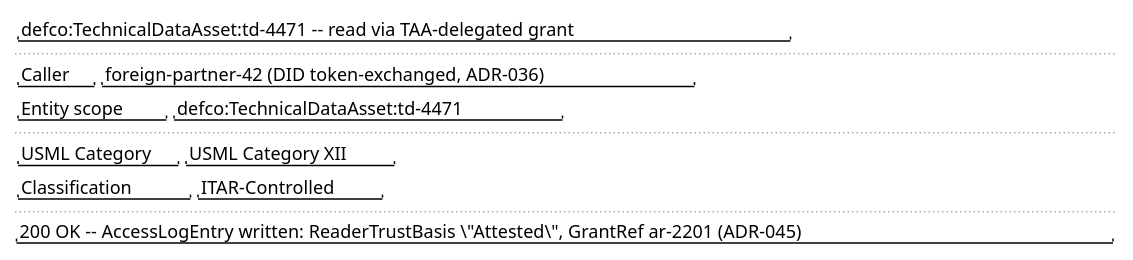
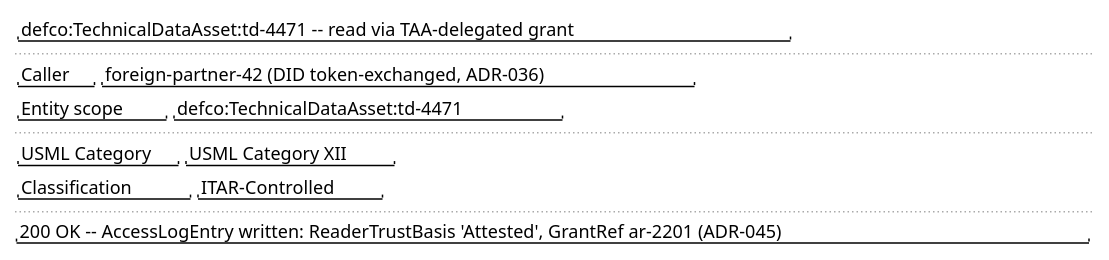
One commit to Mwwhited-BookLearning/EventSourcing changed the seventh of 7 diagrams in docs/domains/itar-export-controlled-defense-data/features/controlled-technical-data-access-request.md. Above: the diagram before and after it, drawn with PlantUML. The commit also changed other lines of this file and 39 other files, not shown here.

````diff
--- a/docs/domains/itar-export-controlled-defense-data/features/controlled-technical-data-access-request.md
+++ b/docs/domains/itar-export-controlled-defense-data/features/controlled-technical-data-access-request.md
@@ -329,15 +329,15 @@
 ```plantuml
 @startsalt
 {
   { "defco:TechnicalDataAsset:td-4471 -- read via TAA-delegated grant" }
   ..
   { "Caller" | "foreign-partner-42 (DID token-exchanged, ADR-036)" }
   { "Entity scope" | "defco:TechnicalDataAsset:td-4471" }
   ..
   { "USML Category" | "USML Category XII" }
   { "Classification" | "ITAR-Controlled" }
   ..
-  "200 OK -- AccessLogEntry written: ReaderTrustBasis \"Attested\", GrantRef ar-2201 (ADR-045)"
+  "200 OK -- AccessLogEntry written: ReaderTrustBasis 'Attested', GrantRef ar-2201 (ADR-045)"
 }
 @endsalt
 ```
````
